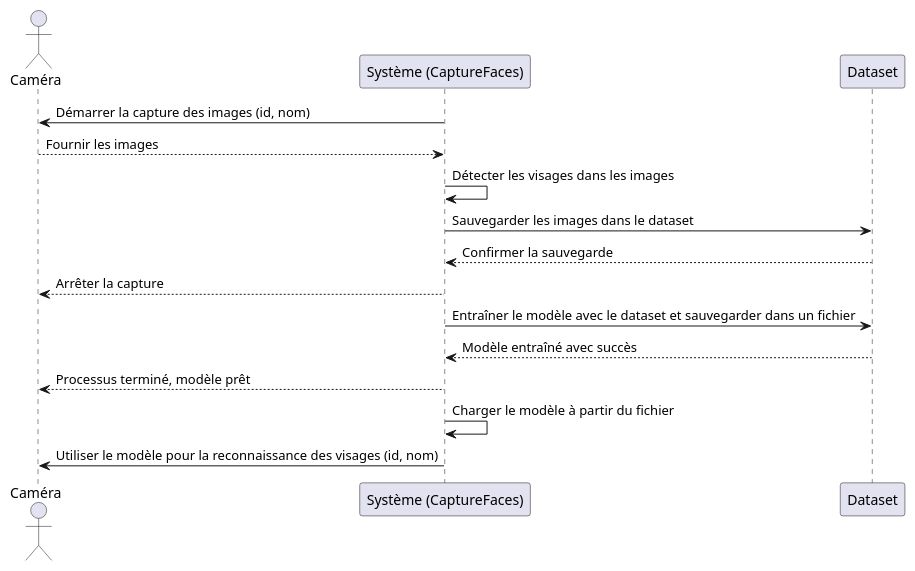
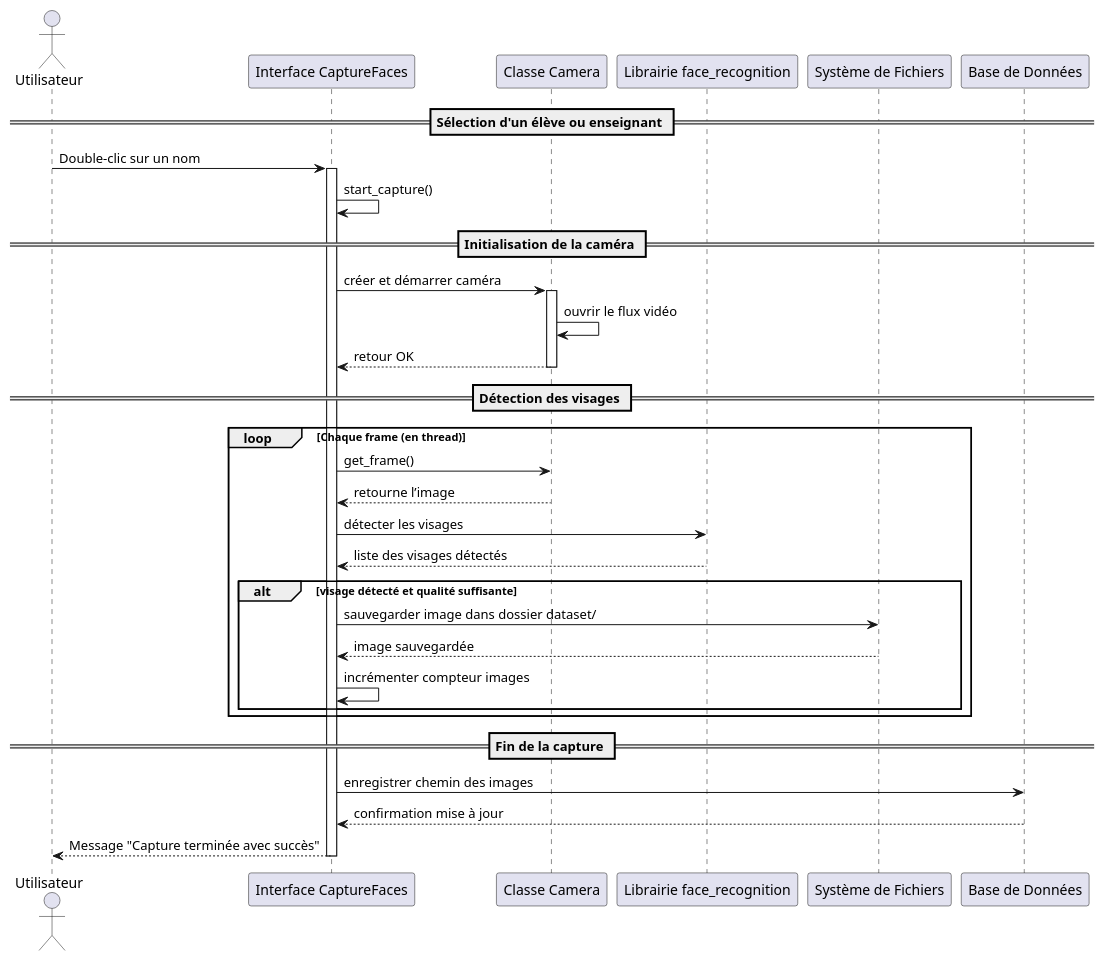
One commit to ahmedlman/system_de_reconnaissance_faciale changed the diagram in diagrammes/camera.puml. Above: the diagram before and after it, drawn with PlantUML. The commit also changed 10 other files, not shown here.

```diff
--- a/diagrammes/camera.puml
+++ b/diagrammes/camera.puml
@@ -1,18 +1,41 @@
 @startuml
-actor "Caméra" as Camera
-participant "Système (CaptureFaces)" as Systeme
-participant "Dataset" as Dt
+actor Utilisateur
+participant "Interface CaptureFaces" as UI
+participant "Classe Camera" as Camera
+participant "Librairie face_recognition" as FR
+participant "Système de Fichiers" as FS
+participant "Base de Données" as DB
 
-Systeme -> Camera : Démarrer la capture des images (id, nom)
-Camera --> Systeme : Fournir les images
-Systeme -> Systeme : Détecter les visages dans les images
-Systeme -> Dt : Sauvegarder les images dans le dataset
-Dt --> Systeme : Confirmer la sauvegarde
-Systeme --> Camera : Arrêter la capture
-Systeme -> Dt : Entraîner le modèle avec le dataset et sauvegarder dans un fichier
-Dt --> Systeme : Modèle entraîné avec succès
-Systeme --> Camera : Processus terminé, modèle prêt
-Systeme -> Systeme : Charger le modèle à partir du fichier
-Systeme -> Camera : Utiliser le modèle pour la reconnaissance des visages (id, nom)
+== Sélection d'un élève ou enseignant ==
+Utilisateur -> UI : Double-clic sur un nom
+activate UI
+UI -> UI : start_capture()
+
+== Initialisation de la caméra ==
+UI -> Camera : créer et démarrer caméra
+activate Camera
+Camera -> Camera : ouvrir le flux vidéo
+Camera --> UI : retour OK
+deactivate Camera
+
+== Détection des visages ==
+loop Chaque frame (en thread)
+    UI -> Camera : get_frame()
+    Camera --> UI : retourne l’image
+    UI -> FR : détecter les visages
+    FR --> UI : liste des visages détectés
+
+    alt visage détecté et qualité suffisante
+        UI -> FS : sauvegarder image dans dossier dataset/
+        FS --> UI : image sauvegardée
+        UI -> UI : incrémenter compteur images
+    end
+end
+
+== Fin de la capture ==
+UI -> DB : enregistrer chemin des images
+DB --> UI : confirmation mise à jour
+UI --> Utilisateur : Message "Capture terminée avec succès"
+deactivate UI
 
 @enduml
```
